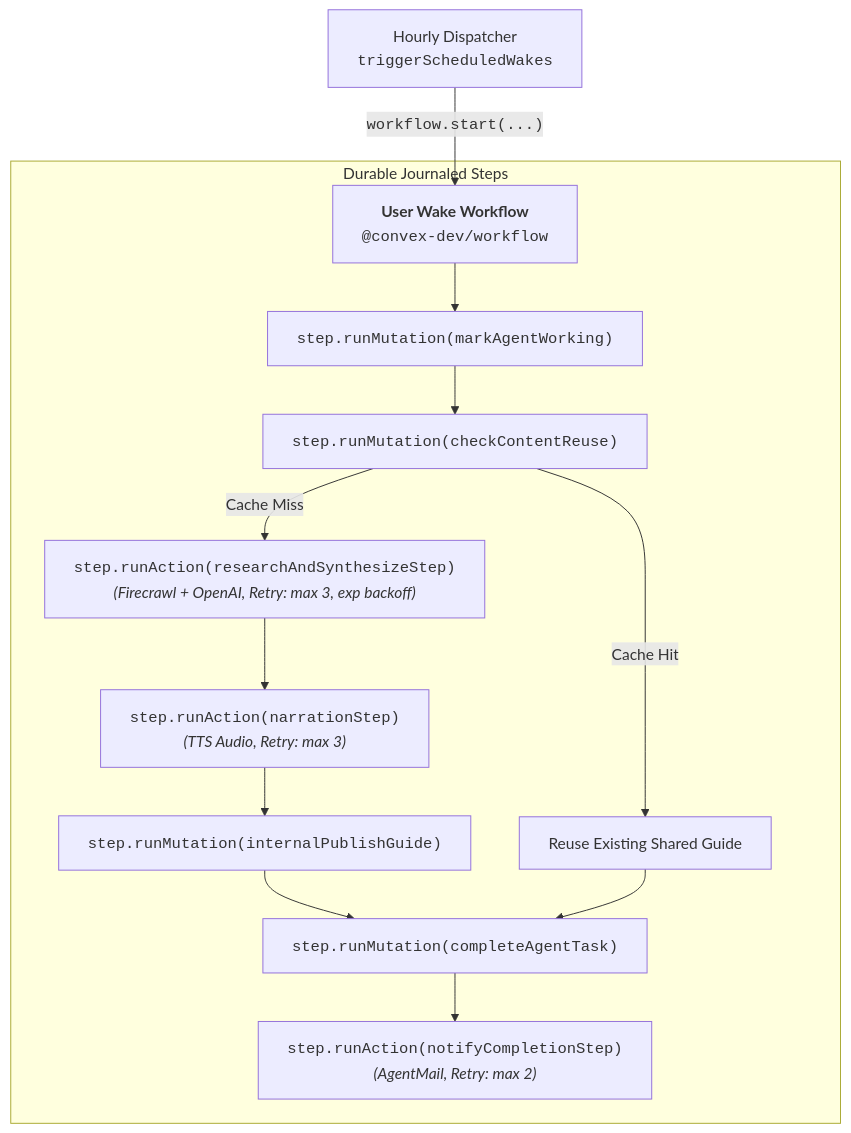
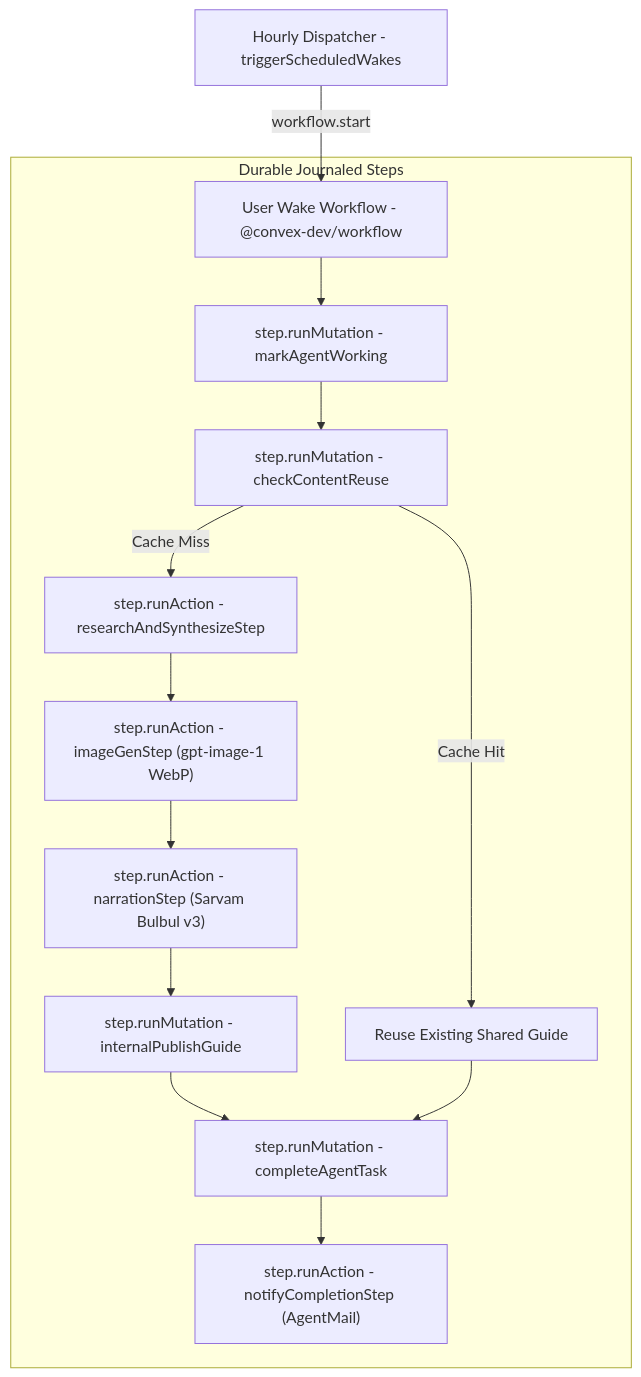
Before and after one commit to AmritSDutta/moitrii_frontend: the third of 4 diagrams in docs/convex-best-practices.mdx, drawn with Mermaid. The commit also changed other lines of this file and 20 other files, not shown here.

Commit message:
Multi-Tier Synthesis Architecture, gtp luna, sarvam ai for indian vocal,  edge storage optimization,image generation revamped

````diff
--- a/docs/convex-best-practices.mdx
+++ b/docs/convex-best-practices.mdx
@@ -154,16 +154,16 @@
 ```mermaid
 flowchart TD
-    Cron["Hourly Dispatcher<br/><code>triggerScheduledWakes</code>"] -->|"<code>workflow.start(...)</code>"| WF["<b>User Wake Workflow</b><br/><code>@convex-dev/workflow</code>"]
-    
-    subgraph Durable Journaled Steps
-        WF --> S1["<code>step.runMutation(markAgentWorking)</code>"]
-        S1 --> S2["<code>step.runMutation(checkContentReuse)</code>"]
-        S2 -->|Cache Miss| S3["<code>step.runAction(researchAndSynthesizeStep)</code><br/><i>(Firecrawl + OpenAI, Retry: max 3, exp backoff)</i>"]
-        S3 --> S4["<code>step.runAction(narrationStep)</code><br/><i>(TTS Audio, Retry: max 3)</i>"]
-        S4 --> S5["<code>step.runMutation(internalPublishGuide)</code>"]
+    Cron["Hourly Dispatcher - triggerScheduledWakes"] -->|"workflow.start"| WF["User Wake Workflow - @convex-dev/workflow"]
+    subgraph Steps["Durable Journaled Steps"]
+        WF --> S1["step.runMutation - markAgentWorking"]
+        S1 --> S2["step.runMutation - checkContentReuse"]
+        S2 -->|Cache Miss| S3["step.runAction - researchAndSynthesizeStep"]
+        S3 --> S3B["step.runAction - imageGenStep (gpt-image-1 WebP)"]
+        S3B --> S4["step.runAction - narrationStep (Sarvam Bulbul v3)"]
+        S4 --> S5["step.runMutation - internalPublishGuide"]
         S2 -->|Cache Hit| S6["Reuse Existing Shared Guide"]
-        S5 --> S7["<code>step.runMutation(completeAgentTask)</code>"]
+        S5 --> S7["step.runMutation - completeAgentTask"]
         S6 --> S7
-        S7 --> S8["<code>step.runAction(notifyCompletionStep)</code><br/><i>(AgentMail, Retry: max 2)</i>"]
+        S7 --> S8["step.runAction - notifyCompletionStep (AgentMail)"]
     end
 ```
````
